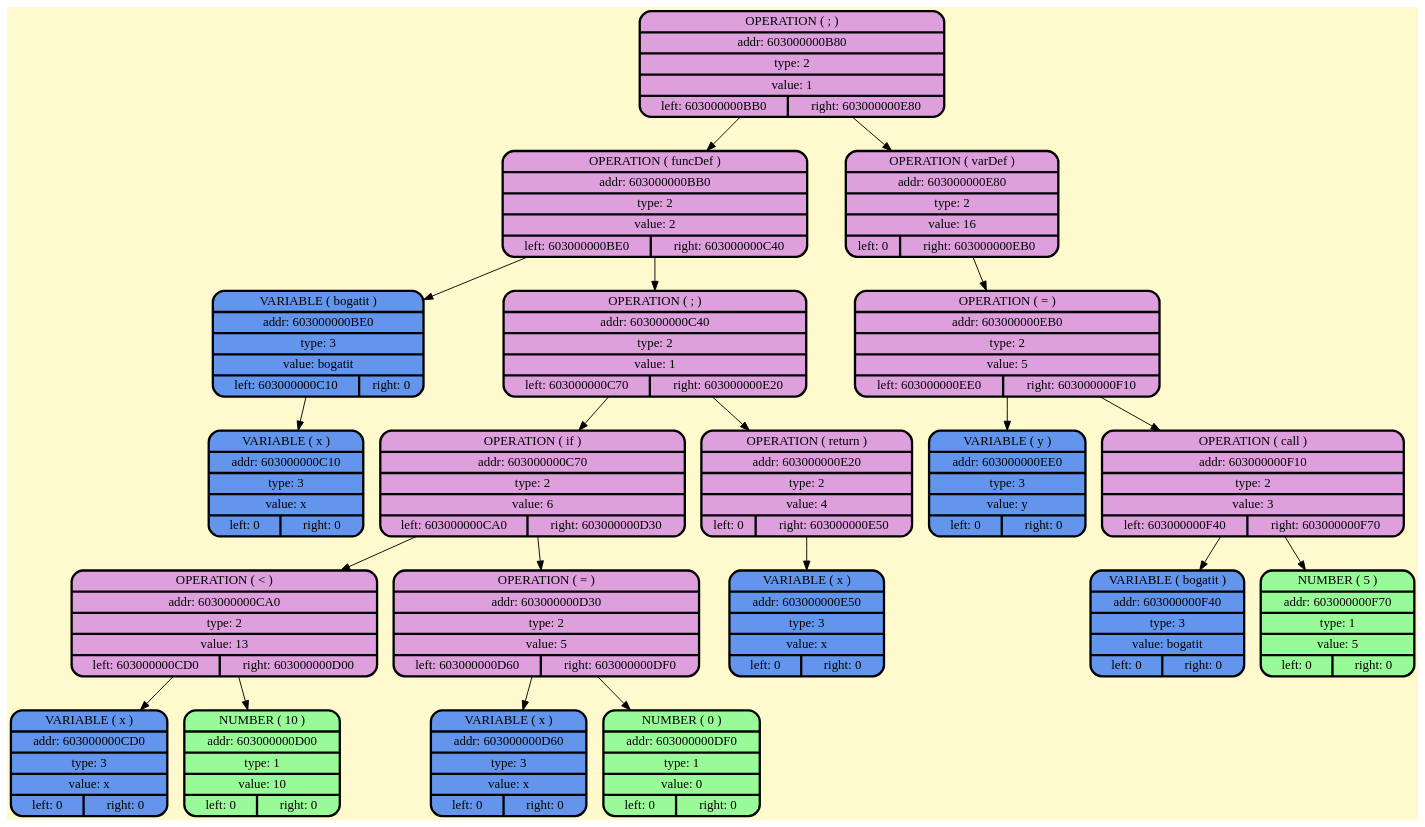
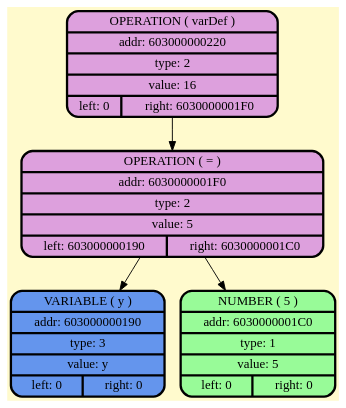
One commit to BulgakovDmitry/myLanguage changed the diagram in frontend/graphDump/dumpGraph.gv. Above: the diagram before and after it, drawn with Graphviz. The commit also changed 22 other files, not shown here.

```diff
--- a/frontend/graphDump/dumpGraph.gv
+++ b/frontend/graphDump/dumpGraph.gv
@@ -1,44 +1,12 @@
 digraph G {
     node [style=filled, fontcolor=darkblue, fillcolor=peachpuff, color="#252A34", penwidth=2.5];
     bgcolor="lemonchiffon";
 
-node_0x603000000b80 [shape=Mrecord; style = filled; fillcolor=plum; color = "#000000"; fontcolor = "#000000";label=" {OPERATION ( ; ) | addr: 603000000B80 | type: 2 | value: 1 | {left: 603000000BB0 | right: 603000000E80}} "];
-node_0x603000000bb0 [shape=Mrecord; style = filled; fillcolor=plum; color = "#000000"; fontcolor = "#000000";label=" {OPERATION ( funcDef ) | addr: 603000000BB0 | type: 2 | value: 2 | {left: 603000000BE0 | right: 603000000C40}} "];
-    node_0x603000000be0 [shape=Mrecord; style = filled; fillcolor = cornflowerblue; color = "#000000"; fontcolor = "#000000";  label="  {VARIABLE ( bogatit )| addr: 603000000BE0 | type: 3| value: bogatit | {left: 603000000C10 | right: 0}} "];
-    node_0x603000000c10 [shape=Mrecord; style = filled; fillcolor = cornflowerblue; color = "#000000"; fontcolor = "#000000";  label="  {VARIABLE ( x )| addr: 603000000C10 | type: 3| value: x | {left: 0 | right: 0}} "];
-node_0x603000000c40 [shape=Mrecord; style = filled; fillcolor=plum; color = "#000000"; fontcolor = "#000000";label=" {OPERATION ( ; ) | addr: 603000000C40 | type: 2 | value: 1 | {left: 603000000C70 | right: 603000000E20}} "];
-node_0x603000000c70 [shape=Mrecord; style = filled; fillcolor=plum; color = "#000000"; fontcolor = "#000000";label=" {OPERATION ( if ) | addr: 603000000C70 | type: 2 | value: 6 | {left: 603000000CA0 | right: 603000000D30}} "];
-node_0x603000000ca0 [shape=Mrecord; style = filled; fillcolor=plum; color = "#000000"; fontcolor = "#000000";label=" {OPERATION ( \< ) | addr: 603000000CA0 | type: 2 | value: 13 | {left: 603000000CD0 | right: 603000000D00}} "];
-    node_0x603000000cd0 [shape=Mrecord; style = filled; fillcolor = cornflowerblue; color = "#000000"; fontcolor = "#000000";  label="  {VARIABLE ( x )| addr: 603000000CD0 | type: 3| value: x | {left: 0 | right: 0}} "];
-    node_0x603000000d00 [shape=Mrecord; style = filled; fillcolor = palegreen; color = "#000000"; fontcolor = "#000000";  label="  {NUMBER ( 10 )| addr: 603000000D00 | type: 1| value: 10 | {left: 0 | right: 0}} "];
-node_0x603000000d30 [shape=Mrecord; style = filled; fillcolor=plum; color = "#000000"; fontcolor = "#000000";label=" {OPERATION ( = ) | addr: 603000000D30 | type: 2 | value: 5 | {left: 603000000D60 | right: 603000000DF0}} "];
-    node_0x603000000d60 [shape=Mrecord; style = filled; fillcolor = cornflowerblue; color = "#000000"; fontcolor = "#000000";  label="  {VARIABLE ( x )| addr: 603000000D60 | type: 3| value: x | {left: 0 | right: 0}} "];
-    node_0x603000000df0 [shape=Mrecord; style = filled; fillcolor = palegreen; color = "#000000"; fontcolor = "#000000";  label="  {NUMBER ( 0 )| addr: 603000000DF0 | type: 1| value: 0 | {left: 0 | right: 0}} "];
-node_0x603000000e20 [shape=Mrecord; style = filled; fillcolor=plum; color = "#000000"; fontcolor = "#000000";label=" {OPERATION ( return ) | addr: 603000000E20 | type: 2 | value: 4 | {left: 0 | right: 603000000E50}} "];
-    node_0x603000000e50 [shape=Mrecord; style = filled; fillcolor = cornflowerblue; color = "#000000"; fontcolor = "#000000";  label="  {VARIABLE ( x )| addr: 603000000E50 | type: 3| value: x | {left: 0 | right: 0}} "];
-node_0x603000000e80 [shape=Mrecord; style = filled; fillcolor=plum; color = "#000000"; fontcolor = "#000000";label=" {OPERATION ( varDef ) | addr: 603000000E80 | type: 2 | value: 16 | {left: 0 | right: 603000000EB0}} "];
-node_0x603000000eb0 [shape=Mrecord; style = filled; fillcolor=plum; color = "#000000"; fontcolor = "#000000";label=" {OPERATION ( = ) | addr: 603000000EB0 | type: 2 | value: 5 | {left: 603000000EE0 | right: 603000000F10}} "];
-    node_0x603000000ee0 [shape=Mrecord; style = filled; fillcolor = cornflowerblue; color = "#000000"; fontcolor = "#000000";  label="  {VARIABLE ( y )| addr: 603000000EE0 | type: 3| value: y | {left: 0 | right: 0}} "];
-node_0x603000000f10 [shape=Mrecord; style = filled; fillcolor=plum; color = "#000000"; fontcolor = "#000000";label=" {OPERATION ( call ) | addr: 603000000F10 | type: 2 | value: 3 | {left: 603000000F40 | right: 603000000F70}} "];
-    node_0x603000000f40 [shape=Mrecord; style = filled; fillcolor = cornflowerblue; color = "#000000"; fontcolor = "#000000";  label="  {VARIABLE ( bogatit )| addr: 603000000F40 | type: 3| value: bogatit | {left: 0 | right: 0}} "];
-    node_0x603000000f70 [shape=Mrecord; style = filled; fillcolor = palegreen; color = "#000000"; fontcolor = "#000000";  label="  {NUMBER ( 5 )| addr: 603000000F70 | type: 1| value: 5 | {left: 0 | right: 0}} "];
-    node_0x603000000b80 -> node_0x603000000bb0;
-    node_0x603000000bb0 -> node_0x603000000be0;
-    node_0x603000000be0 -> node_0x603000000c10;
-    node_0x603000000bb0 -> node_0x603000000c40;
-    node_0x603000000c40 -> node_0x603000000c70;
-    node_0x603000000c70 -> node_0x603000000ca0;
-    node_0x603000000ca0 -> node_0x603000000cd0;
-    node_0x603000000ca0 -> node_0x603000000d00;
-    node_0x603000000c70 -> node_0x603000000d30;
-    node_0x603000000d30 -> node_0x603000000d60;
-    node_0x603000000d30 -> node_0x603000000df0;
-    node_0x603000000c40 -> node_0x603000000e20;
-    node_0x603000000e20 -> node_0x603000000e50;
-    node_0x603000000b80 -> node_0x603000000e80;
-    node_0x603000000e80 -> node_0x603000000eb0;
-    node_0x603000000eb0 -> node_0x603000000ee0;
-    node_0x603000000eb0 -> node_0x603000000f10;
-    node_0x603000000f10 -> node_0x603000000f40;
-    node_0x603000000f10 -> node_0x603000000f70;
+node_0x603000000220 [shape=Mrecord; style = filled; fillcolor=plum; color = "#000000"; fontcolor = "#000000";label=" {OPERATION ( varDef ) | addr: 603000000220 | type: 2 | value: 16 | {left: 0 | right: 6030000001F0}} "];
+node_0x6030000001f0 [shape=Mrecord; style = filled; fillcolor=plum; color = "#000000"; fontcolor = "#000000";label=" {OPERATION ( = ) | addr: 6030000001F0 | type: 2 | value: 5 | {left: 603000000190 | right: 6030000001C0}} "];
+    node_0x603000000190 [shape=Mrecord; style = filled; fillcolor = cornflowerblue; color = "#000000"; fontcolor = "#000000";  label="  {VARIABLE ( y )| addr: 603000000190 | type: 3| value: y | {left: 0 | right: 0}} "];
+    node_0x6030000001c0 [shape=Mrecord; style = filled; fillcolor = palegreen; color = "#000000"; fontcolor = "#000000";  label="  {NUMBER ( 5 )| addr: 6030000001C0 | type: 1| value: 5 | {left: 0 | right: 0}} "];
+    node_0x603000000220 -> node_0x6030000001f0;
+    node_0x6030000001f0 -> node_0x603000000190;
+    node_0x6030000001f0 -> node_0x6030000001c0;
 }
```
